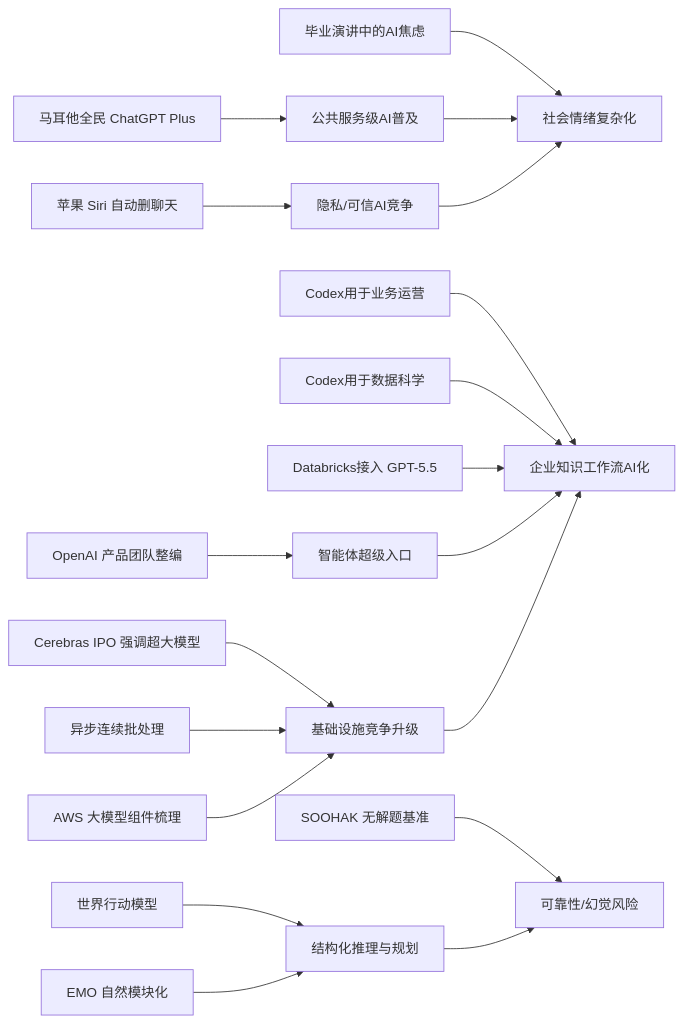
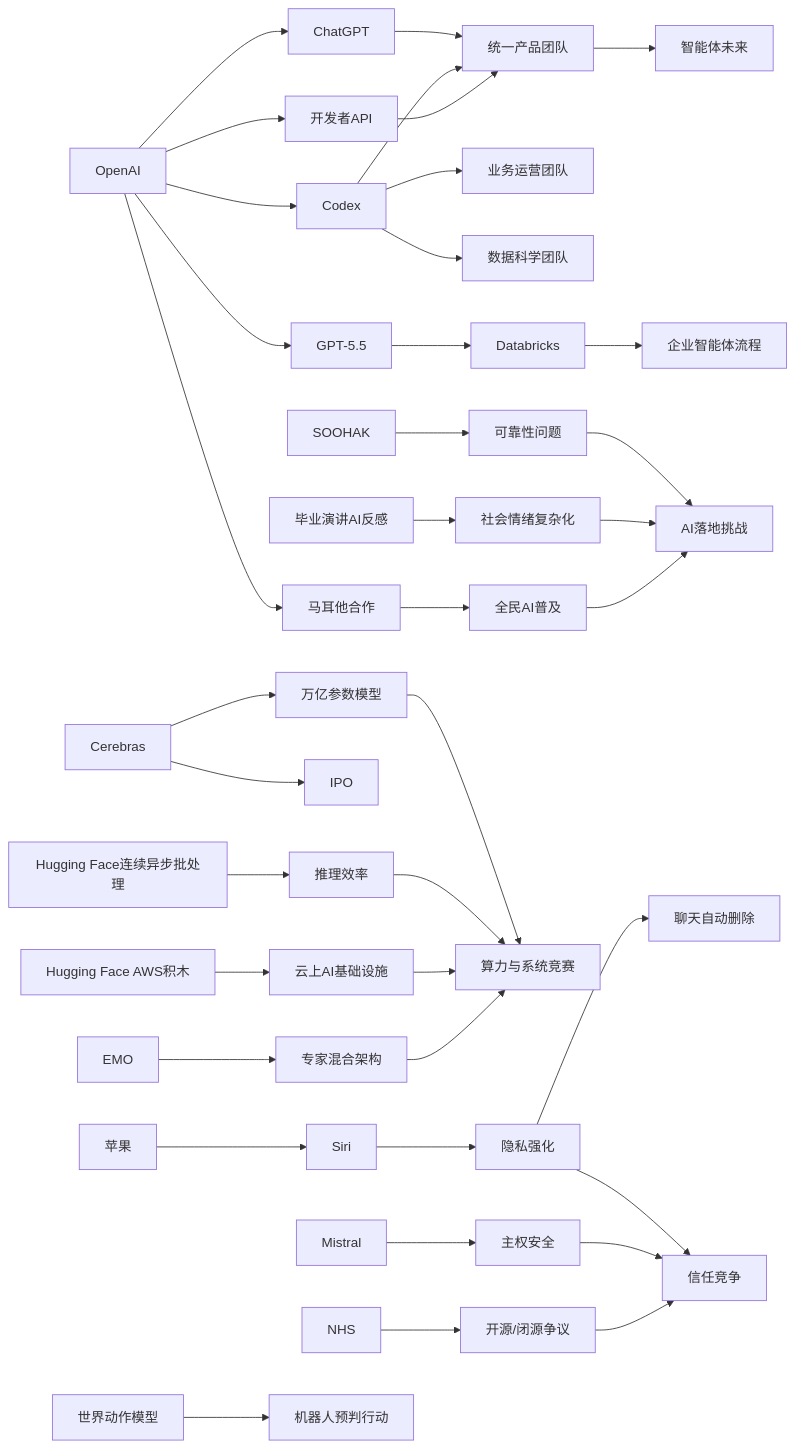
The diagram in content/cn/2026/2026-05/2026-05-18.md (zhuxinfei/ai-daily-site), drawn with Mermaid before and after one commit. The commit also changed other lines of this file, not shown here.

````diff
--- a/content/cn/2026/2026-05/2026-05-18.md
+++ b/content/cn/2026/2026-05/2026-05-18.md
@@ -117,25 +119,47 @@
 ```mermaid
 graph LR
-    A[苹果 Siri 自动删聊天] --> B[隐私/可信AI竞争]
-    C[OpenAI 产品团队整编] --> D[智能体超级入口]
-    E[Codex用于业务运营] --> F[企业知识工作流AI化]
-    G[Codex用于数据科学] --> F
-    H[Databricks接入 GPT-5.5] --> F
+    OpenAI --> ChatGPT
+    OpenAI --> Codex
+    OpenAI --> API[开发者API]
+    OpenAI --> GPT55[GPT-5.5]
+    OpenAI --> Malta[马耳他合作]
 
-    I[Cerebras IPO 强调超大模型] --> J[基础设施竞争升级]
-    K[异步连续批处理] --> J
-    L[AWS 大模型组件梳理] --> J
+    ChatGPT --> Unified[统一产品团队]
+    Codex --> Unified
+    API --> Unified
+    Unified --> AgentFuture[智能体未来]
 
-    M[世界行动模型] --> N[结构化推理与规划]
-    O[EMO 自然模块化] --> N
-    P[SOOHAK 无解题基准] --> Q[可靠性/幻觉风险]
-    N --> Q
+    Codex --> BizOps[业务运营团队]
+    Codex --> DataScience[数据科学团队]
+    GPT55 --> Databricks
+    Databricks --> EnterpriseAgent[企业智能体流程]
 
-    R[马耳他全民 ChatGPT Plus] --> S[公共服务级AI普及]
-    T[毕业演讲中的AI焦虑] --> U[社会情绪复杂化]
-    S --> U
+    Apple[苹果] --> Siri
+    Siri --> Privacy[隐私强化]
+    Privacy --> AutoDelete[聊天自动删除]
 
-    B --> U
-    D --> F
-    J --> F
+    Mistral --> Sovereignty[主权安全]
+    NHS --> OpenSourceDebate[开源/闭源争议]
+    Privacy --> Trust[信任竞争]
+    Sovereignty --> Trust
+    OpenSourceDebate --> Trust
+
+    Cerebras --> IPO
+    Cerebras --> Trillion[万亿参数模型]
+    HF1[Hugging Face连续异步批处理] --> Inference[推理效率]
+    HF2[Hugging Face AWS积木] --> Infra[云上AI基础设施]
+    EMO --> MoE[专家混合架构]
+    Trillion --> InfraRace[算力与系统竞赛]
+    Inference --> InfraRace
+    Infra --> InfraRace
+    MoE --> InfraRace
+
+    SOOHAK --> Reliability[可靠性问题]
+    Commencement[毕业演讲AI反感] --> SocialSentiment[社会情绪复杂化]
+    Malta --> AILiteracy[全民AI普及]
+    Reliability --> Adoption[AI落地挑战]
+    SocialSentiment --> Adoption
+    AILiteracy --> Adoption
+
+    WAM[世界动作模型] --> Robotics[机器人预判行动]
 ```
````
